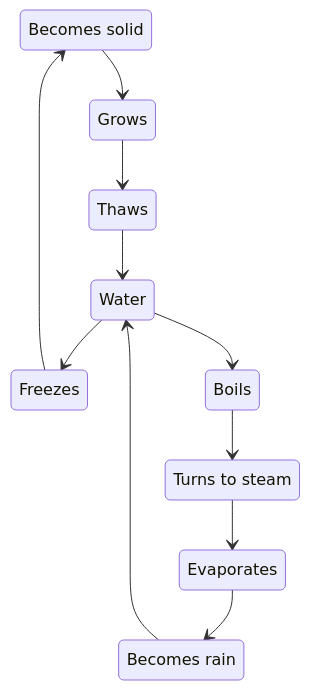
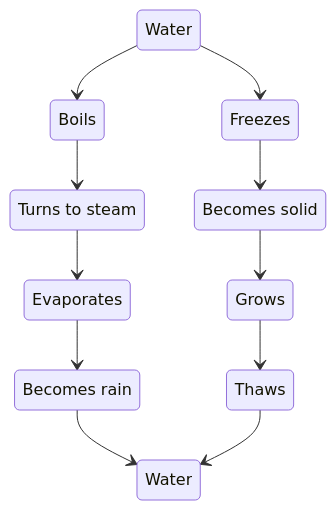
Before and after one commit to slaucks/slaucks.github.io: the diagram in Diagram.md, drawn with Mermaid.

````diff
--- a/Diagram.md
+++ b/Diagram.md
@@ -1,19 +1,19 @@
 ```mermaid
 
 stateDiagram-v2
     s1 : Becomes solid
     s2: Turns to steam
     s3: Becomes rain
-
+    s4: Water
     Water --> Freezes
     Water --> Boils
 
     Freezes --> s1
     s1 --> Grows
     Boils --> s2
     s2 --> Evaporates 
     Evaporates --> s3
-    s3 --> Water
+    s3 --> s4
     Grows --> Thaws
-    Thaws --> Water
+    Thaws --> s4
 ```
````
